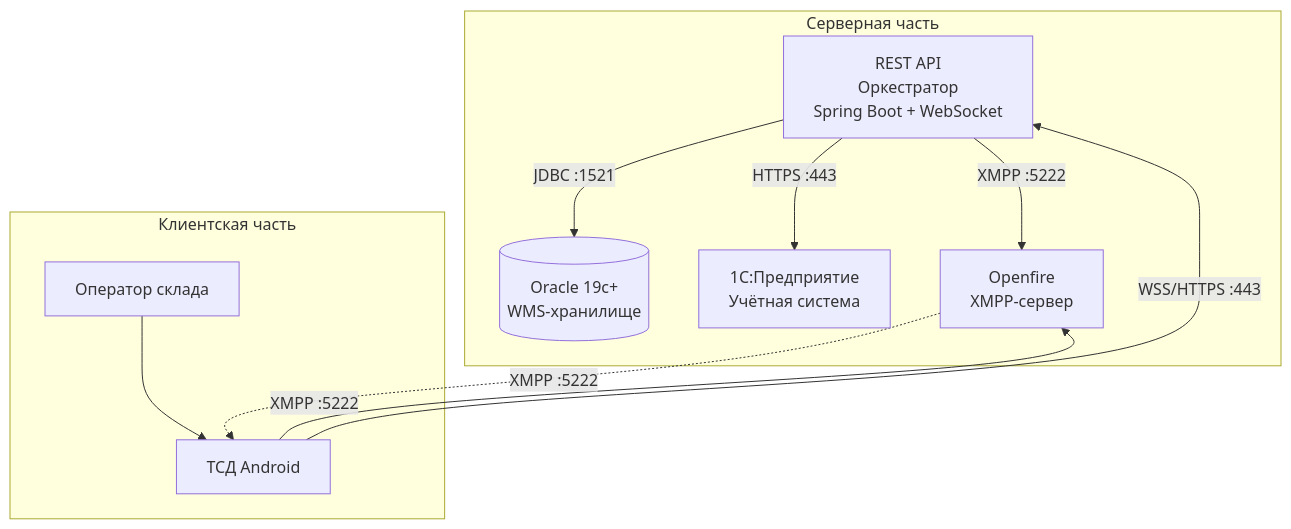
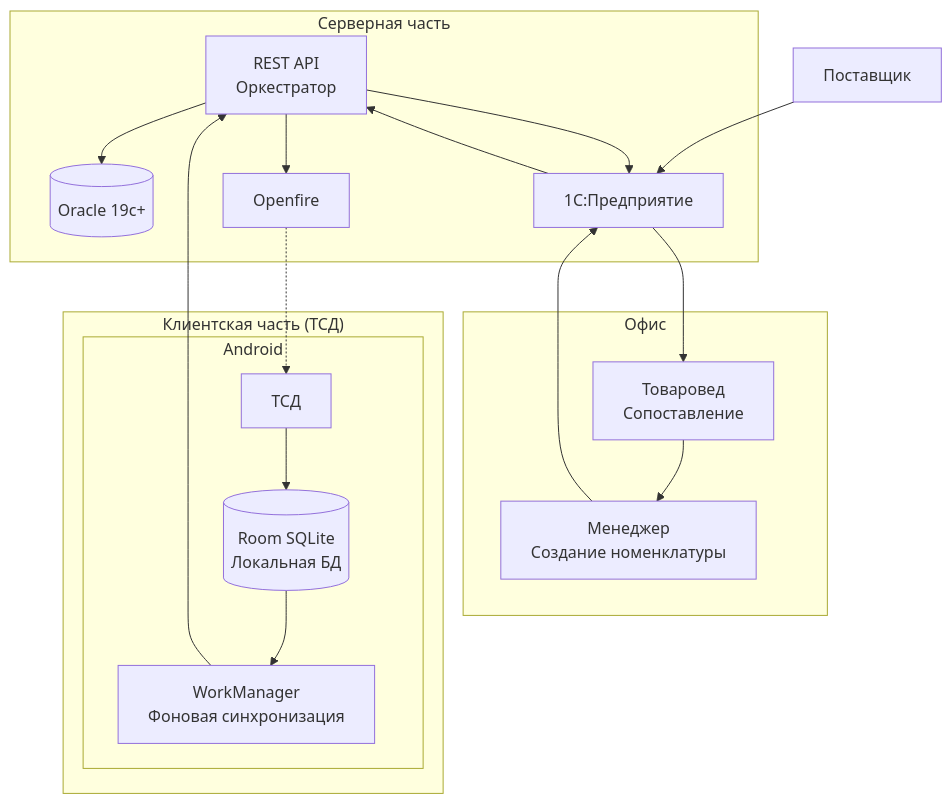
The first of 4 diagrams in src/main/resources/markdown/Tech_spec/Tech_Spec.md (polushindn-art/oralce-api), drawn with Mermaid before and after one commit. The commit also changed 16 other files, not shown here.

````diff
--- a/src/main/resources/markdown/Tech_spec/Tech_Spec.md
+++ b/src/main/resources/markdown/Tech_spec/Tech_Spec.md
@@ -330,22 +330,37 @@
 ```mermaid
 graph TB
-    subgraph "Серверная часть"
-        REST["REST API<br/>Оркестратор<br/>Spring Boot + WebSocket"]
-        ORACLE[("Oracle 19c+<br/>WMS-хранилище")]
-        ONEC["1С:Предприятие<br/>Учётная система"]
-        OPENFIRE["Openfire<br/>XMPP-сервер"]
-    end
+   subgraph "Серверная часть"
+      REST["REST API<br/>Оркестратор"]
+      ORACLE[("Oracle 19c+")]
+      ONEC["1С:Предприятие"]
+      OPENFIRE["Openfire"]
+   end
 
-    subgraph "Клиентская часть"
-        TSD["ТСД Android"]
-        OPERATOR["Оператор склада"]
-    end
+   subgraph "Офис"
+      Менеджер["Менеджер<br/>Создание номенклатуры"]
+      Товаровед["Товаровед<br/>Сопоставление"]
+   end
 
-    OPERATOR --> TSD
-    TSD -->|"WSS/HTTPS :443"| REST
-    TSD -->|"XMPP :5222"| OPENFIRE
-    REST -->|"JDBC :1521"| ORACLE
-    REST -->|"HTTPS :443"| ONEC
-    REST -->|"XMPP :5222"| OPENFIRE
-    OPENFIRE -.->|"XMPP :5222"| TSD
+   subgraph "Клиентская часть (ТСД)"
+      subgraph "Android"
+         TSD["ТСД"]
+         Room[("Room SQLite<br/>Локальная БД")]
+         WorkManager["WorkManager<br/>Фоновая синхронизация"]
+      end
+   end
+
+   Поставщик --> ONEC
+   ONEC --> Товаровед
+   Товаровед --> Менеджер
+   Менеджер --> ONEC
+
+   ONEC --> REST
+   REST --> OPENFIRE
+   OPENFIRE -.-> TSD
+
+   TSD --> Room
+   Room --> WorkManager
+   WorkManager --> REST
+   REST --> ORACLE
+   REST --> ONEC
 ```
````
